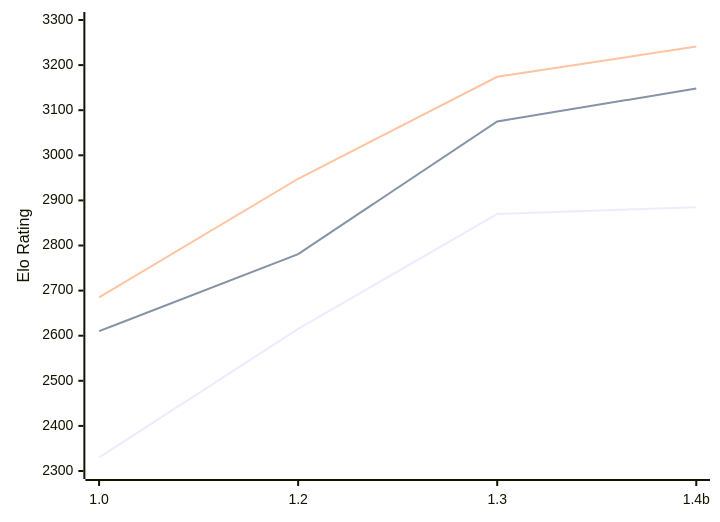
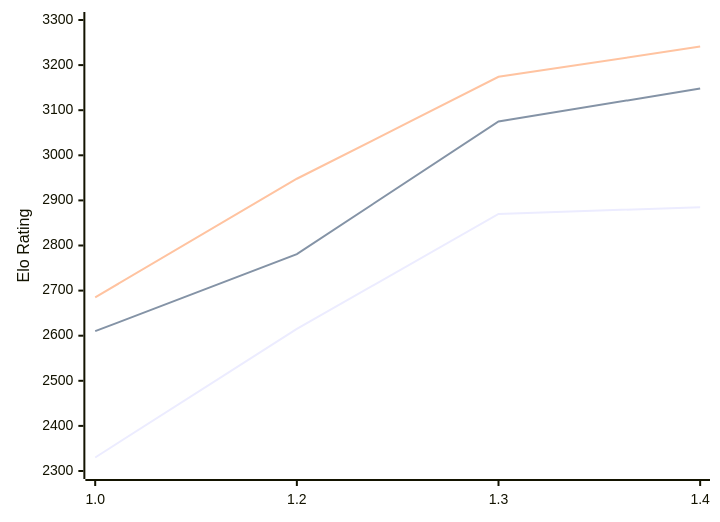
Before and after one commit to computer-chess-index/cci: the second of 2 diagrams in engines/Chessnix.md, drawn with Mermaid. The commit also changed other lines of this file, not shown here.

````diff
--- a/engines/Chessnix.md
+++ b/engines/Chessnix.md
@@ -50,9 +69,9 @@
 ```mermaid
 %%{init: {"theme":"base","themeVariables":{"seriesColors:['#a3a3a3','#222221','#faa371']}}}%%
 xychart-beta
-  x-axis ["1.0", "1.2", "1.3", "1.4b"]
+  x-axis ["1.0", "1.2", "1.3", "1.4"]
   y-axis "Elo Rating" 2300 --> 3300
   line "T1: STC (8.0+0.08s)" [2330, 2615, 2870, 2885]
   line "T1: LTC (60.0+0.60s)" [2610, 2781, 3075, 3148]
   line "T1: VLTC (2m24s+1.12s)" [2685, 2948, 3174, 3241]
 ```
````
